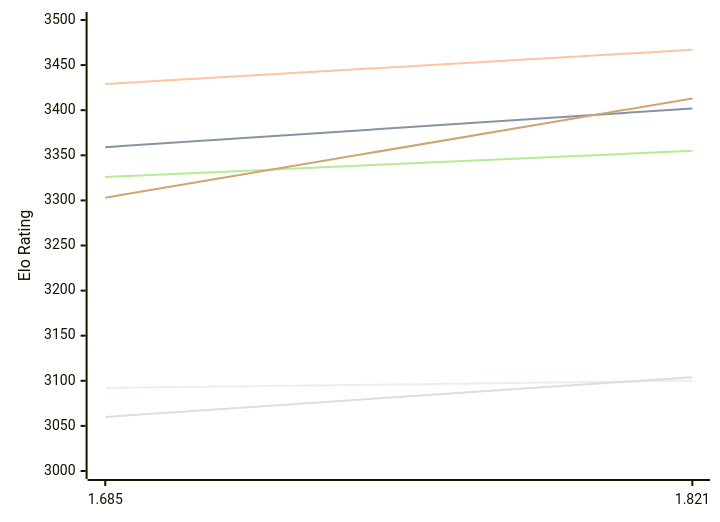
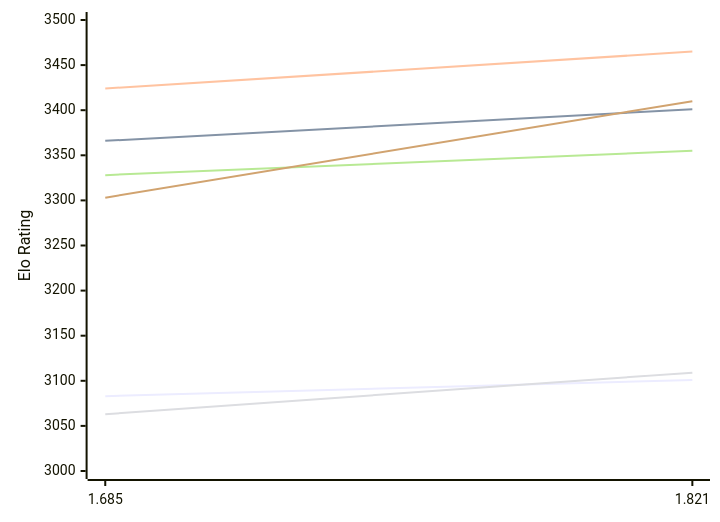
Before and after one commit to computer-chess-index/cci: the first of 2 diagrams in engines/Malika.md, drawn with Mermaid. The commit also changed other lines of this file, not shown here.

Commit message:
Update CCI Ratings (ELO VLTC) - 2026-11-27

````diff
--- a/engines/Malika.md
+++ b/engines/Malika.md
@@ -54,12 +54,12 @@
 ```mermaid
 %%{init: {"theme":"base","themeVariables":{"seriesColors:['#a3a3a3','#222221','#faa371']}}}%%
 xychart-beta
   x-axis ["1.685", "1.821"]
   y-axis "Elo Rating" 3000 --> 3500
-  line "E1: STC (8.0+0.08s)" [3092, 3100]
-  line "E1: LTC (60.0+0.60s)" [3359, 3402]
-  line "E1: VLTC (2m24s+1.12s)" [3429, 3467]
-  line "P1: STC (8.0+0.08s)" [3060, 3104]
-  line "P1: LTC (60.0+0.60s)" [3326, 3355]
-  line "P1: VLTC (2m24s+1.12s)" [3303, 3413]
+  line "E1: STC (8.0+0.08s)" [3083, 3101]
+  line "E1: LTC (60.0+0.60s)" [3366, 3401]
+  line "E1: VLTC (2m24s+1.12s)" [3424, 3465]
+  line "P1: STC (8.0+0.08s)" [3063, 3109]
+  line "P1: LTC (60.0+0.60s)" [3328, 3355]
+  line "P1: VLTC (2m24s+1.12s)" [3303, 3410]
 ```
````
